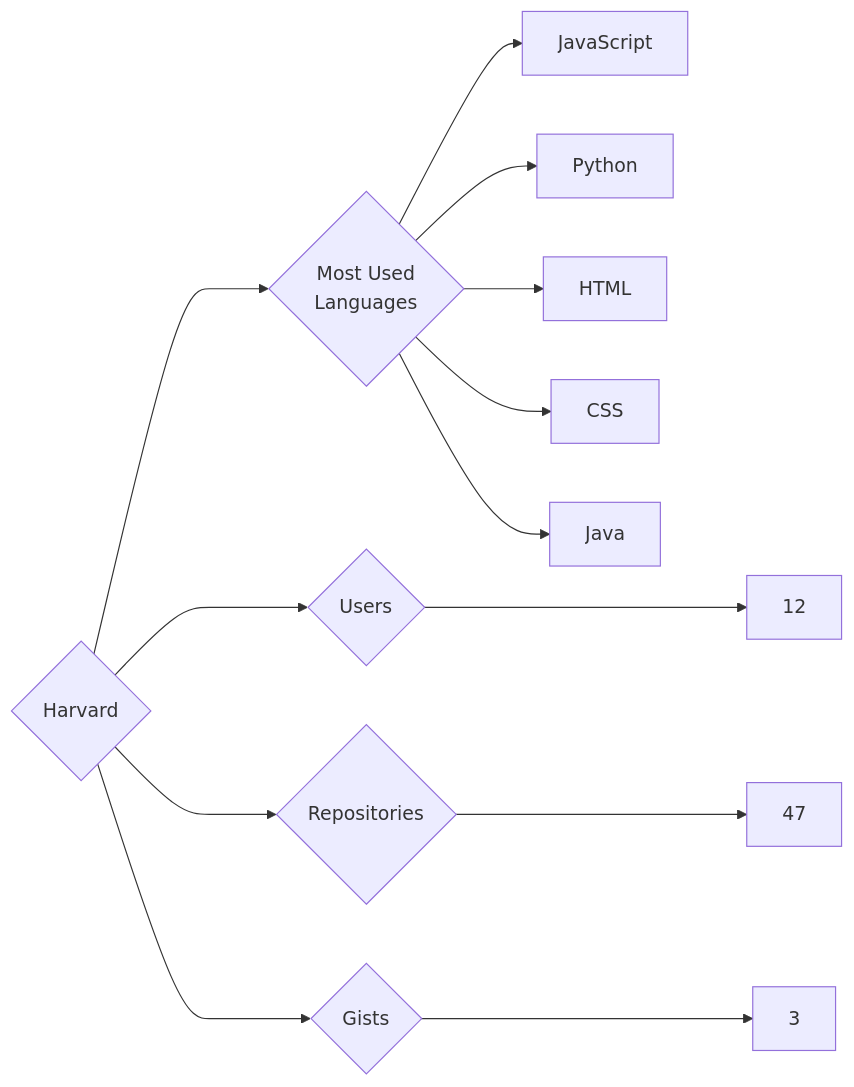
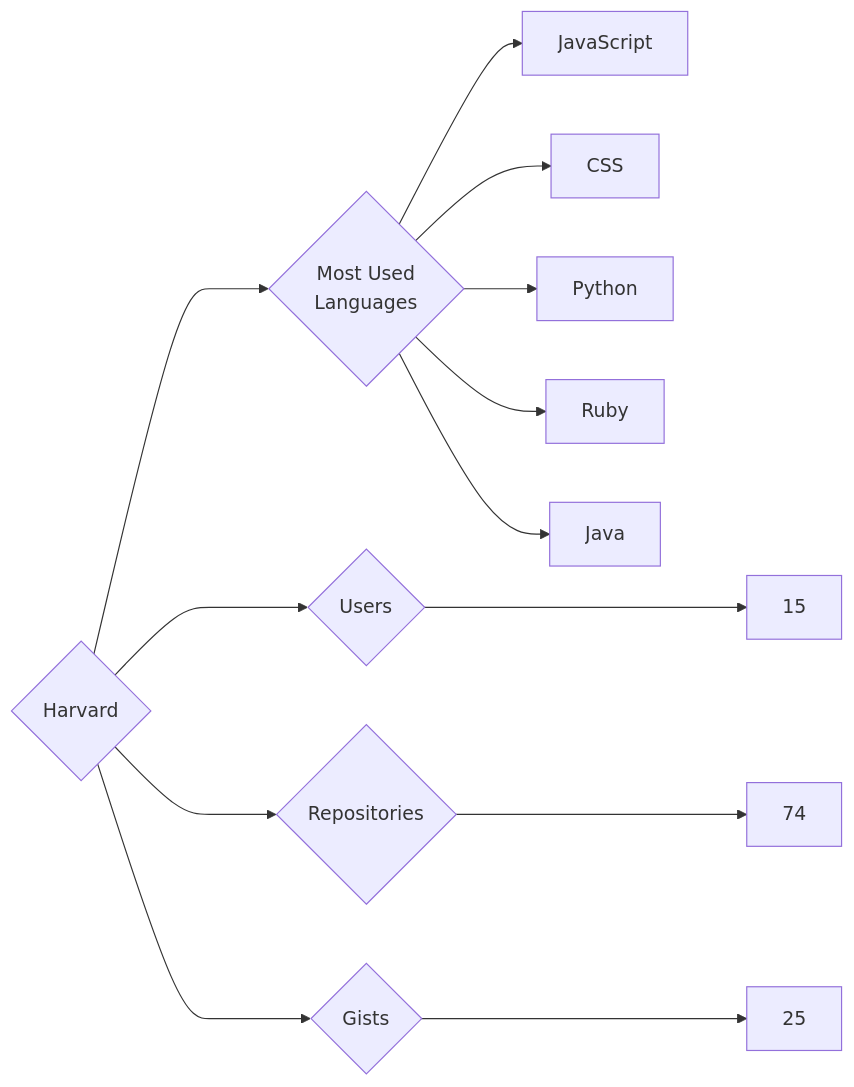
Before and after one commit to trickest/insiders: the diagram in targets/Harvard/README.md, drawn with Mermaid. The commit also changed 895 other files, not shown here.

````diff
--- a/targets/Harvard/README.md
+++ b/targets/Harvard/README.md
@@ -3,13 +3,13 @@
 ```mermaid
 graph LR
 COMPANY_NAME{Harvard}
-COMPANY_NAME ---> U{Users} ---> UN[12]
-COMPANY_NAME ---> R{Repositories} ---> RN[47]
-COMPANY_NAME ---> G{Gists} ---> GN[3]
+COMPANY_NAME ---> U{Users} ---> UN[15]
+COMPANY_NAME ---> R{Repositories} ---> RN[74]
+COMPANY_NAME ---> G{Gists} ---> GN[25]
 COMPANY_NAME ---> ML{Most Used<br>Languages}
 ML --> JavaScript[JavaScript]
+ML --> CSS[CSS]
 ML --> Python[Python]
-ML --> HTML[HTML]
-ML --> CSS[CSS]
+ML --> Ruby[Ruby]
 ML --> Java[Java]
 ```
````
